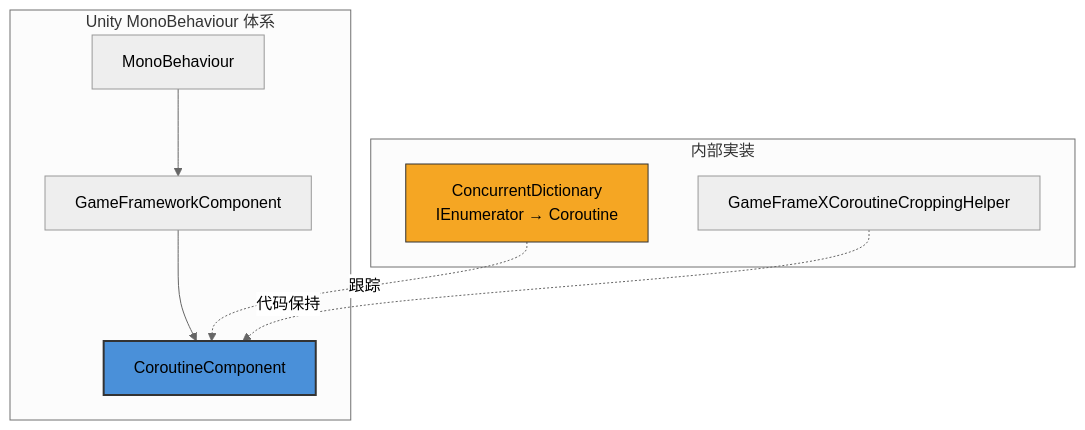
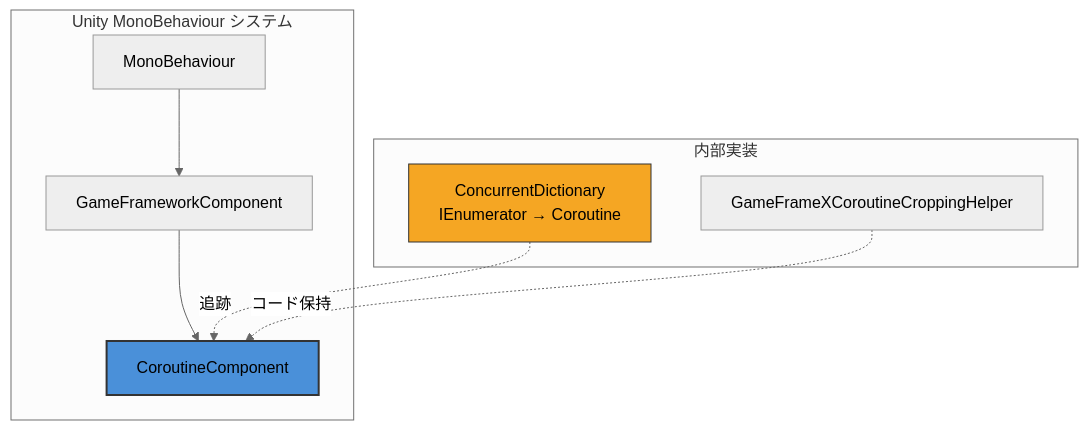
One commit to AlianBlank/GameFrameX.Docs changed the diagram in docs/ja/client/unity/component/coroutine/04.coroutine-component.md. Above: the diagram before and after it, drawn with Mermaid (neutral theme). The commit also changed other lines of this file and 320 other files, not shown here.

````diff
--- a/docs/ja/client/unity/component/coroutine/04.coroutine-component.md
+++ b/docs/ja/client/unity/component/coroutine/04.coroutine-component.md
@@ -18,21 +18,21 @@
 ```mermaid
 graph TD
-    subgraph Unity_MonoBehaviour["Unity MonoBehaviour 体系"]
+    subgraph Unity_MonoBehaviour["Unity MonoBehaviour システム"]
         MB[MonoBehaviour]
         GFC[GameFrameworkComponent]
         CC[CoroutineComponent]
     end
     
     subgraph Internal["内部実装"]
         Dict[ConcurrentDictionary<br/>IEnumerator → Coroutine]
         Helper[GameFrameXCoroutineCroppingHelper]
     end
     
     MB --> GFC
     GFC --> CC
-    Dict -.->|跟踪| CC
-    Helper -.->|代码保持| CC
+    Dict -.->|追跡| CC
+    Helper -.->|コード保持| CC
     
     style CC fill:#4a90d9,stroke:#333,stroke-width:2px
     style Dict fill:#f5a623,stroke:#333,stroke-width:1px
 ```
````
